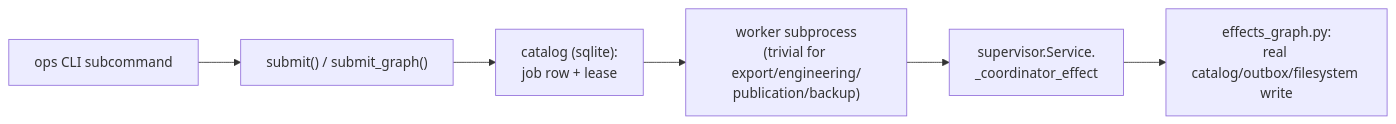
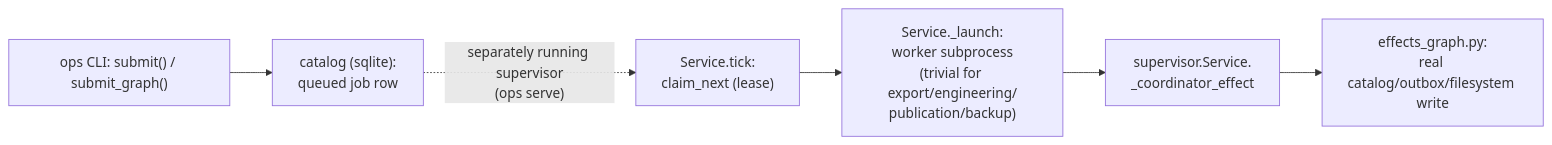
The second of 2 diagrams in engine/v2/ops/ARCHITECTURE.md (yshewchuk/investment-validation), drawn with Mermaid before and after one commit. The commit also changed other lines of this file and 2 other files, not shown here.

Commit message:
Fix round-7 CodeRabbit findings: --ops-root callback exception, submit/serve diagram split
- engine/v2/dashboard/ARCHITECTURE.md: --ops-root is not passed straight
  through to create_server like the other optional roots; _server.py's
  _refresh_callback converts it to a bound submit_refresh callable, or to
  None when absent, before create_server ever sees it.
- engine/v2/ops/ARCHITECTURE.md and root ARCHITECTURE.md: the CLI->catalog
  diagrams collapsed job submission (submit()/submit_graph(), which only
  inserts a queued/blocked row) with the separately running supervisor's
  claim_next lease acquisition and worker launch. Split both diagrams so
  ops submit and ops serve are distinct paths meeting at queued jobs.

Claude-Session: https://claude.ai/code/session_01TptiepsaZ1rHtLGRWsekKG

````diff
--- a/engine/v2/ops/ARCHITECTURE.md
+++ b/engine/v2/ops/ARCHITECTURE.md
@@ -196,8 +196,8 @@
 ```mermaid
 flowchart LR
-    A["ops CLI subcommand"] --> B["submit() / submit_graph()"]
-    B --> C["catalog (sqlite):<br/>job row + lease"]
-    C --> D["worker subprocess<br/>(trivial for export/engineering/<br/>publication/backup)"]
+    A["ops CLI: submit() / submit_graph()"] --> B["catalog (sqlite):<br/>queued job row"]
+    B -.->|"separately running supervisor<br/>(ops serve)"| C["Service.tick:<br/>claim_next (lease)"]
+    C --> D["Service._launch:<br/>worker subprocess<br/>(trivial for export/engineering/<br/>publication/backup)"]
     D --> E["supervisor.Service.<br/>_coordinator_effect"]
     E --> F["effects_graph.py:<br/>real catalog/outbox/filesystem write"]
 ```
````
